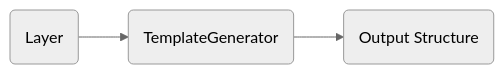
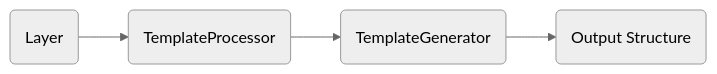
The first of 8 diagrams in README.md (kotlitecture/kotli-engine), drawn with Mermaid (neutral theme) before and after one commit. The commit also changed other lines of this file and 6 other files, not shown here.

````diff
--- a/README.md
+++ b/README.md
@@ -23,9 +24,11 @@
 ```mermaid
 graph LR
    L(Layer)
+   TP(TemplateProcessor)
    TG(TemplateGenerator)
    OS(Output Structure)
 
-   L --> TG
+   L --> TP
+   TP --> TG
    TG --> OS
 ```
````
